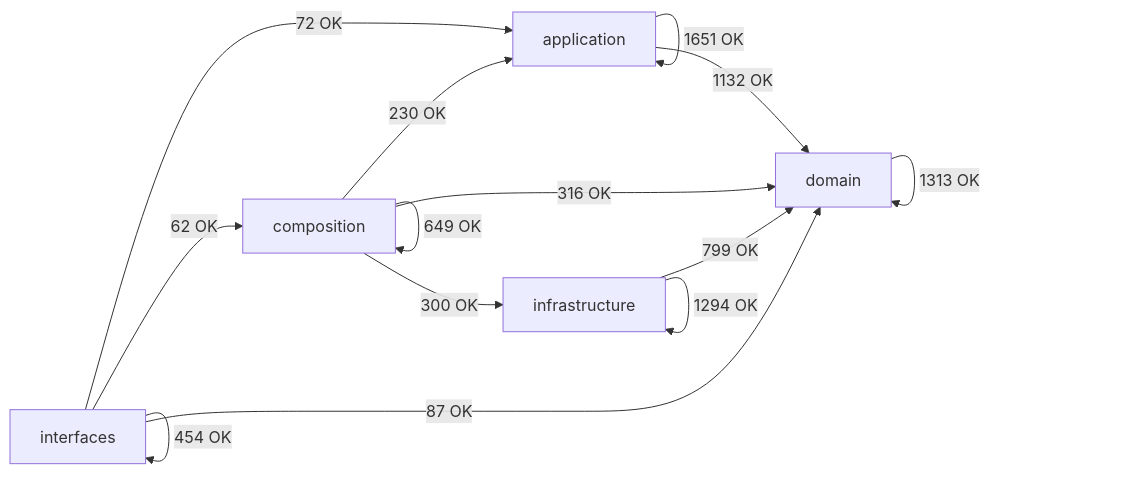
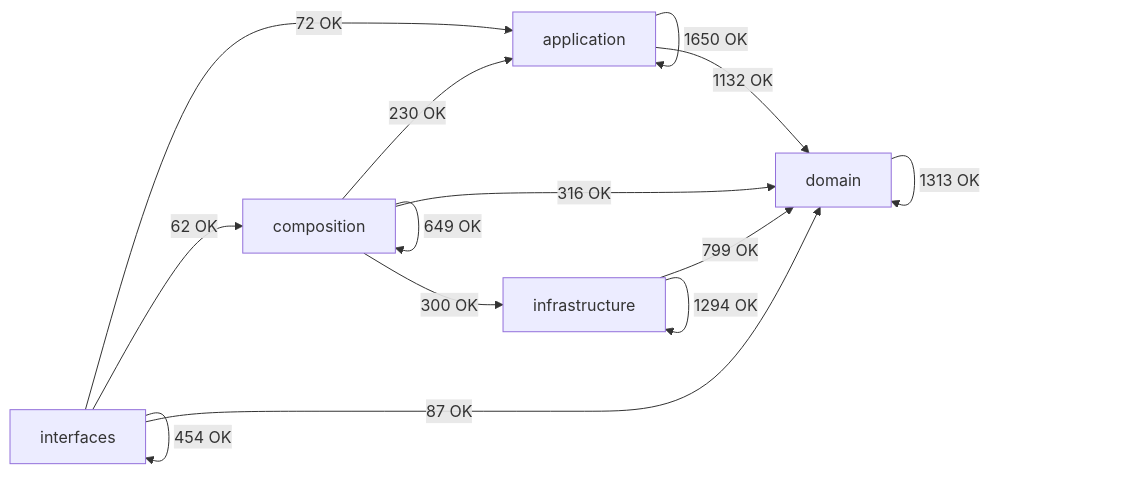
One commit to SatoryKono/BioactivityDataAcquisition changed the diagram in docs/02-architecture/generated/module-dependency-map.md. Above: the diagram before and after it, drawn with Mermaid. The commit also changed other lines of this file and 14 other files, not shown here.

````diff
--- a/docs/02-architecture/generated/module-dependency-map.md
+++ b/docs/02-architecture/generated/module-dependency-map.md
@@ -17,21 +17,21 @@
 ```mermaid
 flowchart LR
     domain[domain]
     application[application]
     infrastructure[infrastructure]
     composition[composition]
     interfaces[interfaces]
-    application -->|1651 OK| application
+    application -->|1650 OK| application
     application -->|1132 OK| domain
     composition -->|230 OK| application
     composition -->|649 OK| composition
     composition -->|316 OK| domain
     composition -->|300 OK| infrastructure
     domain -->|1313 OK| domain
     infrastructure -->|799 OK| domain
     infrastructure -->|1294 OK| infrastructure
     interfaces -->|72 OK| application
     interfaces -->|62 OK| composition
     interfaces -->|87 OK| domain
     interfaces -->|454 OK| interfaces
 ```
````
